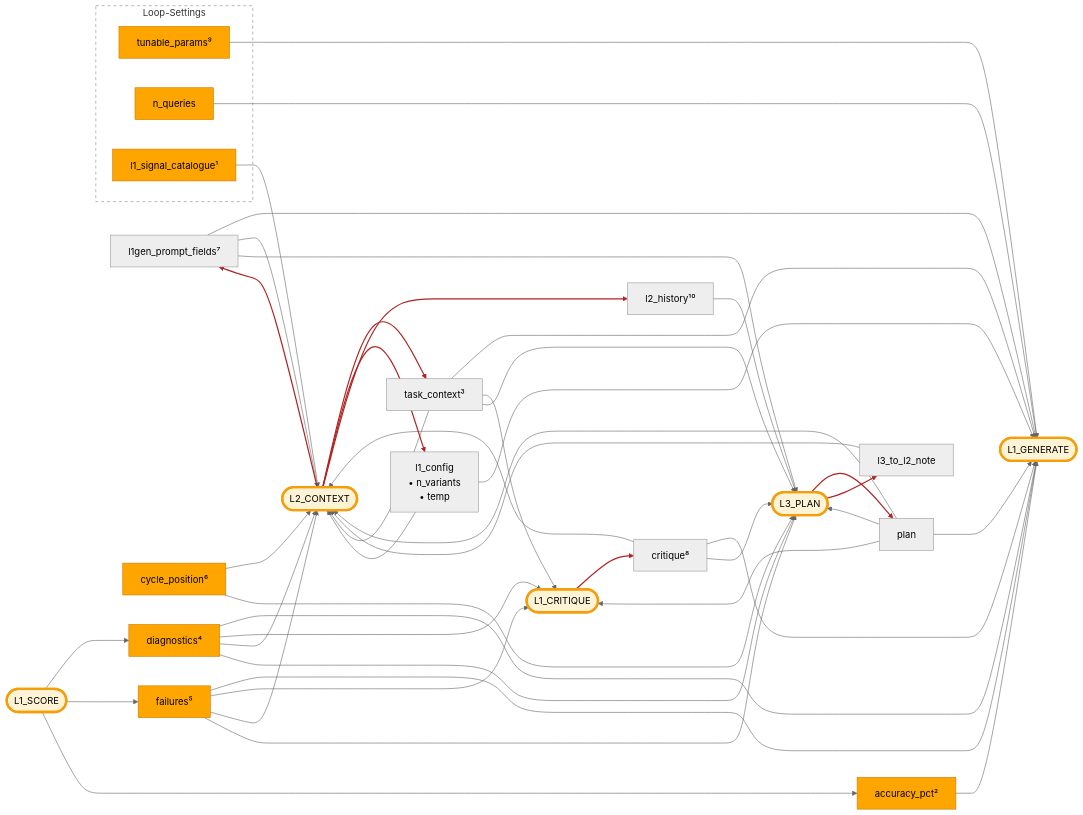
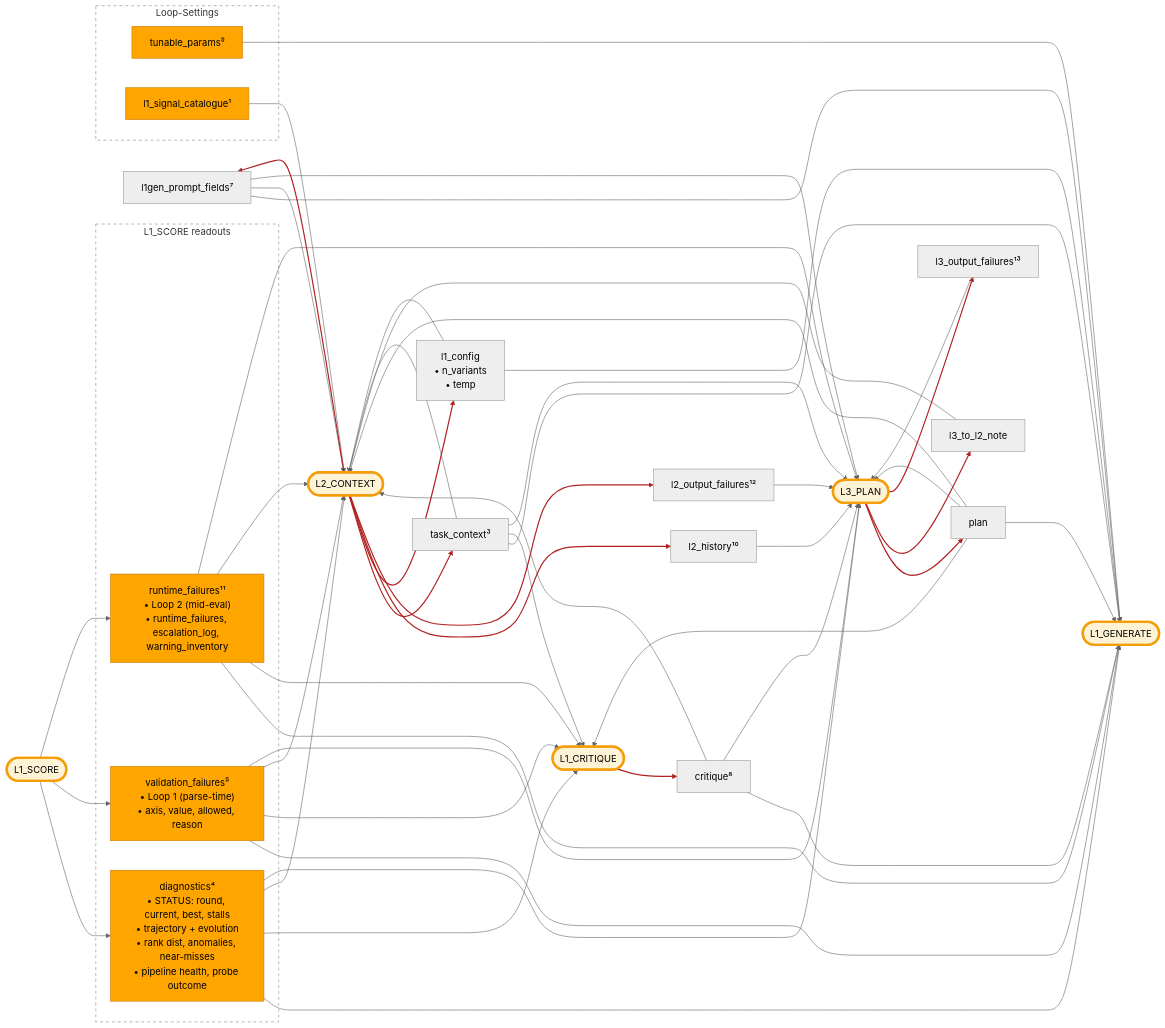
One commit to PromptPotter/prompt-potter-optimizer changed the diagram in docs/developer/dispatch-hub.md. Above: the diagram before and after it, drawn with Mermaid (neutral theme). The commit also changed other lines of this file and 13 other files, not shown here.

First line of the commit message:
refactor(dispatch-hub): dissolve cycle_position; split failures into 4

````diff
--- a/docs/developer/dispatch-hub.md
+++ b/docs/developer/dispatch-hub.md
@@ -22,16 +22,24 @@
   L1PF[l1gen_prompt_fields⁷]
   CPAR["l1_config<br/>• n_variants<br/>• temp"]
 
-  %% Standalone deterministic inputs
-  CPOS[cycle_position⁶]:::det
-  DIAG[diagnostics⁴]:::det
-  FAIL[failures⁵]:::det
-  AP[accuracy_pct²]:::det
+  %% L1_SCORE readouts — distinct hub variables, same producer cluster.
+  %% diagnostics is per-round on Bundle.digest; the failures variants
+  %% accumulate on OptSearchPoint cross-round.
+  subgraph SR["L1_SCORE readouts"]
+    DIAG["diagnostics⁴<br/>• STATUS: round, current, best, stalls<br/>• trajectory + evolution<br/>• rank dist, anomalies, near-misses<br/>• pipeline health, probe outcome"]:::det
+    VFAIL["validation_failures⁵<br/>• Loop 1 (parse-time)<br/>• axis, value, allowed, reason"]:::det
+    RFAIL["runtime_failures¹¹<br/>• Loop 2 (mid-eval)<br/>• runtime_failures, escalation_log, warning_inventory"]:::det
+  end
+  style SR fill:none,stroke:#888,stroke-dasharray: 5 5
+
+  %% LLM-output validator failures — produced by L2/L3 post-parse.
+  %% Sits outside the L1_SCORE readouts cluster because the producers are L2P / L3P.
+  L2OF[l2_output_failures¹²]
+  L3OF[l3_output_failures¹³]
 
   %% Loop-Settings — read-only loop-time constants
   subgraph LS["Loop-Settings"]
     TUN[tunable_params⁹]:::det
-    NQ[n_queries]:::det
     CAT[l1_signal_catalogue¹]:::det
   end
   style LS fill:none,stroke:#888,stroke-dasharray: 5 5
@@ -60,43 +68,47 @@
   end
   style L3G fill:none,stroke:none
 
-  %% L1_GENERATE inputs (default layout + caller extras + L1PF self-view)
+  %% L1_GENERATE inputs — sees measurement-derived failures only.
   PLAN --> L1G
   TC --> L1G
   TUN --> L1G
   DIAG --> L1G
-  FAIL --> L1G
+  VFAIL --> L1G
+  RFAIL --> L1G
   CRIT --> L1G
   CPAR --> L1G
-  AP --> L1G
-  NQ --> L1G
   L1PF --> L1G
 
   %% L1_CRITIQUE inputs
   PLAN --> L1C
   TC --> L1C
   DIAG --> L1C
-  FAIL --> L1C
+  VFAIL --> L1C
+  RFAIL --> L1C
 
-  %% L2_CONTEXT inputs
+  %% L2_CONTEXT inputs — sees measurement-derived failures only.
+  %% L2 doesn't see l2_output_failures because Loop 4 fires L3 immediately
+  %% when they appear; L3 replans, then L2 fires fresh against the new plan.
   PLAN --> L2P
   L3N --> L2P
-  CPOS --> L2P
   DIAG --> L2P
-  FAIL --> L2P
+  VFAIL --> L2P
+  RFAIL --> L2P
   CRIT --> L2P
   CPAR --> L2P
   TC --> L2P
   CAT --> L2P
   L1PF --> L2P
 
-  %% L3_PLAN inputs
+  %% L3_PLAN inputs — universal nurse: sees all four failure variants.
   PLAN --> L3P
   TC --> L3P
   L2H --> L3P
-  CPOS --> L3P
   DIAG --> L3P
-  FAIL --> L3P
+  VFAIL --> L3P
+  RFAIL --> L3P
+  L2OF --> L3P
+  L3OF --> L3P
   CRIT --> L3P
   L1PF --> L3P
 
@@ -108,12 +120,14 @@
   L2P --> L2H
   L2P --> L1PF
   L1C --> CRIT
+  L2P --> L2OF
+  L3P --> L3OF
 
   %% L1_SCORE derivations — deterministic; normal color
   L1S --> DIAG
-  L1S --> FAIL
-  L1S --> AP
+  L1S --> VFAIL
+  L1S --> RFAIL
 
-  %% Red styling for the 7 LLM-produced feedback edges (edges 32..38)
-  linkStyle 32,33,34,35,36,37,38 stroke:#B22222,stroke-width:2px
+  %% Red styling for the 9 LLM-produced feedback edges (edges 34..42)
+  linkStyle 34,35,36,37,38,39,40,41,42 stroke:#B22222,stroke-width:2px
 ```
````
